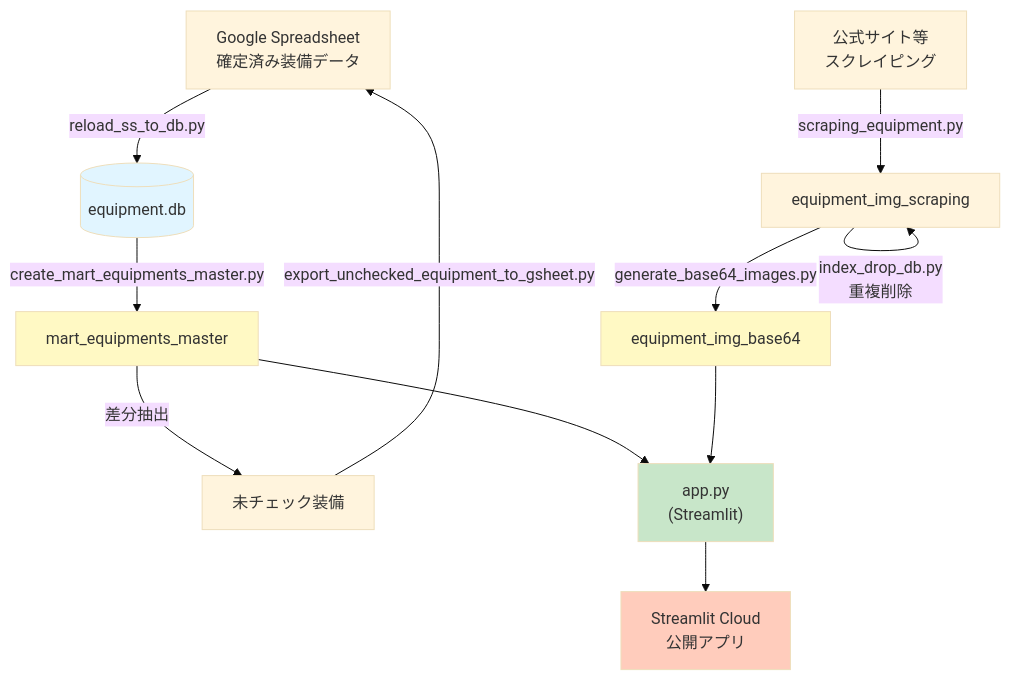
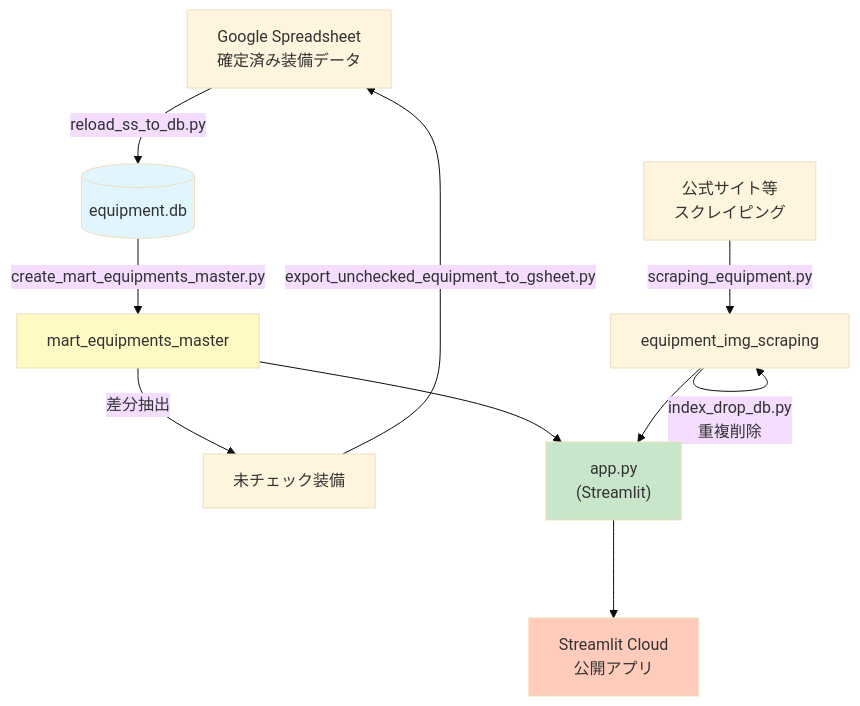
Before and after one commit to apricot496/ryuon_equipment0825: the diagram in README.md, drawn with Mermaid (base theme). The commit also changed other lines of this file, not shown here.

````diff
--- a/README.md
+++ b/README.md
@@ -58,19 +57,17 @@
 ```mermaid
 flowchart TB
   Sheets[Google Spreadsheet<br/>確定済み装備データ] -->|reload_ss_to_db.py| DB[(equipment.db)]
   Web[公式サイト等<br/>スクレイピング] -->|scraping_equipment.py| ImgScraping[equipment_img_scraping]
   ImgScraping -->|index_drop_db.py<br/>重複削除| ImgScraping
-  ImgScraping -->|generate_base64_images.py| ImgBase64[equipment_img_base64]
   DB -->|create_mart_equipments_master.py| Mart[mart_equipments_master]
   Mart -->|差分抽出| Unchecked[未チェック装備]
   Unchecked -->|export_unchecked_equipment_to_gsheet.py| Sheets
   Mart --> App["app.py<br/>(Streamlit)"]
-  ImgBase64 --> App
+  ImgScraping --> App
   App --> Deploy[Streamlit Cloud<br/>公開アプリ]
   
   style DB fill:#e1f5ff
   style Mart fill:#fff9c4
-  style ImgBase64 fill:#fff9c4
   style App fill:#c8e6c9
   style Deploy fill:#ffccbc
 ```
````
